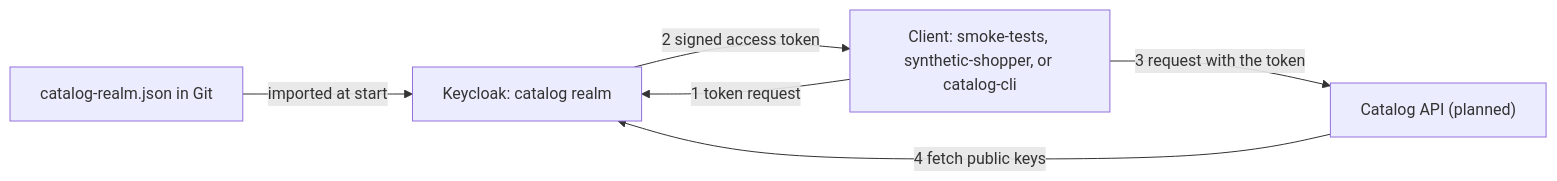
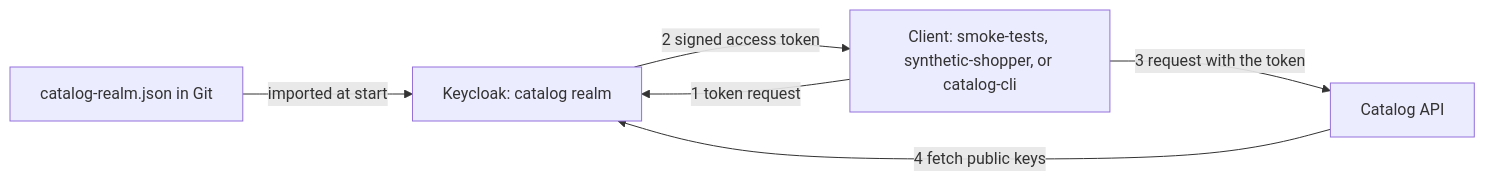
Before and after one commit to RostomOhannessian/full-ci-cd-pipeline: the diagram in docs/reference/tools/keycloak.md, drawn with Mermaid. The commit also changed other lines of this file and 17 other files, not shown here.

````diff
--- a/docs/reference/tools/keycloak.md
+++ b/docs/reference/tools/keycloak.md
@@ -34,10 +34,10 @@
 ```mermaid
 flowchart LR
   accTitle: Where Keycloak sits in the API-only stack
-  accDescr: The realm file in Git is imported into the catalog realm when Keycloak starts. A client asks the realm for an access token and receives one. The client sends the token to the catalog API, which is planned for WP1.7 and WP1.10. The API fetches Keycloak's public signing keys to check the token signature.
+  accDescr: The realm file in Git is imported into the catalog realm when Keycloak starts. A client asks the realm for an access token and receives one. The client sends the token to the catalog API, which validates it with WP1.7 and WP1.10 code. The API fetches Keycloak's public signing keys to check the token signature.
   FILE["catalog-realm.json in Git"] -->|imported at start| KC["Keycloak: catalog realm"]
   CLIENT["Client: smoke-tests, synthetic-shopper, or catalog-cli"] -->|1 token request| KC
   KC -->|2 signed access token| CLIENT
-  CLIENT -->|3 request with the token| API["Catalog API (planned)"]
+  CLIENT -->|3 request with the token| API["Catalog API"]
   API -->|4 fetch public keys| KC
 ```
````
